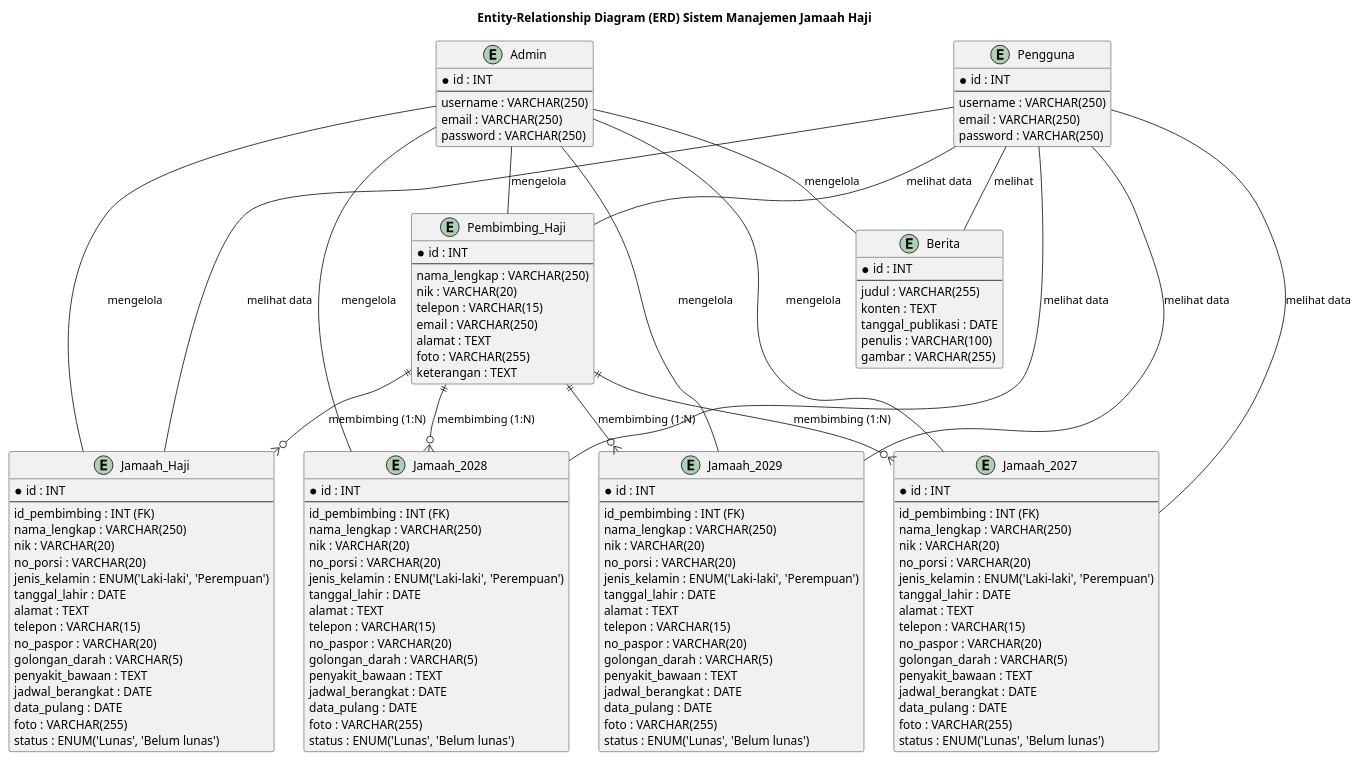
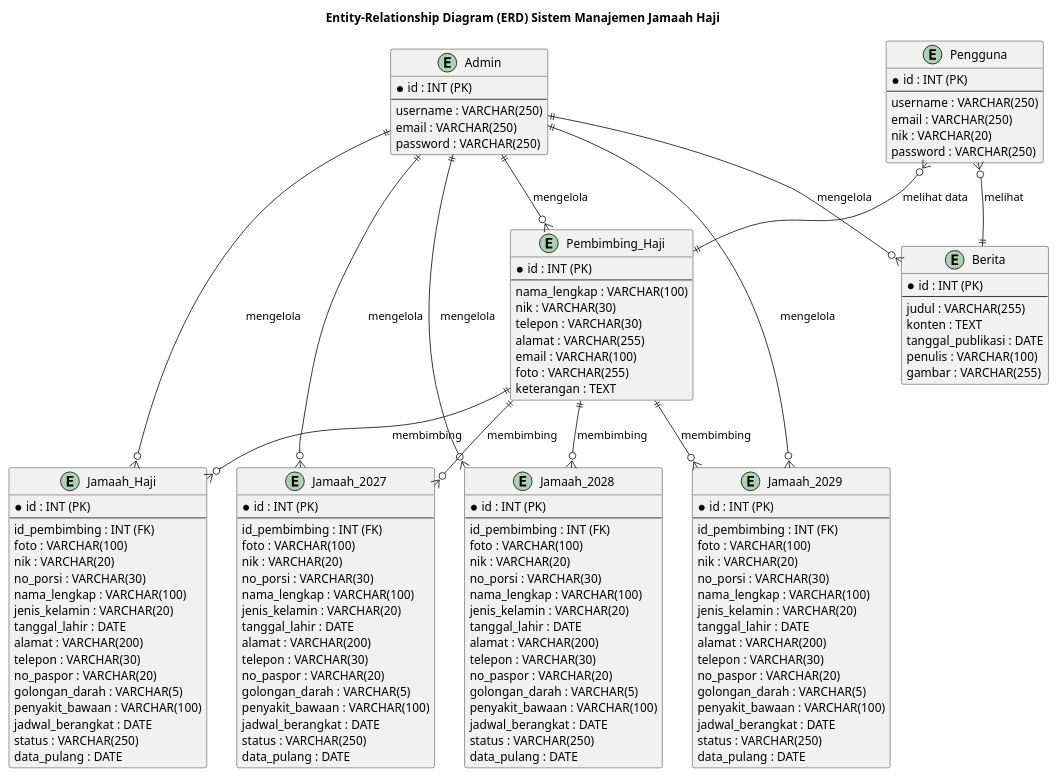
One commit to fauzirahayu/uzicom changed the diagram in komponen/erd_diagram.puml. Above: the diagram before and after it, drawn with PlantUML. The commit also changed 19 other files, not shown here.

```diff
--- a/komponen/erd_diagram.puml
+++ b/komponen/erd_diagram.puml
@@ -1,152 +1,150 @@
 @startuml ERD Sistem Manajemen Jamaah Haji
 
 title Entity-Relationship Diagram (ERD) Sistem Manajemen Jamaah Haji
 
 ' Entitas Admin
 entity "Admin" as admin {
-  * id : INT
+  * id : INT (PK)
   --
   username : VARCHAR(250)
   email : VARCHAR(250)
   password : VARCHAR(250)
 }
 
 ' Entitas Pengguna
 entity "Pengguna" as pengguna {
-  * id : INT
+  * id : INT (PK)
   --
   username : VARCHAR(250)
   email : VARCHAR(250)
+  nik : VARCHAR(20)
   password : VARCHAR(250)
 }
 
 ' Entitas Pembimbing Haji
 entity "Pembimbing_Haji" as pembimbing {
-  * id : INT
+  * id : INT (PK)
   --
-  nama_lengkap : VARCHAR(250)
-  nik : VARCHAR(20)
-  telepon : VARCHAR(15)
-  email : VARCHAR(250)
-  alamat : TEXT
+  nama_lengkap : VARCHAR(100)
+  nik : VARCHAR(30)
+  telepon : VARCHAR(30)
+  alamat : VARCHAR(255)
+  email : VARCHAR(100)
   foto : VARCHAR(255)
   keterangan : TEXT
 }
 
-' Entitas Jamaah Haji (untuk tahun Haji)
+' Entitas Jamaah Haji (untuk tahun standar)
 entity "Jamaah_Haji" as jamaah_haji {
-  * id : INT
+  * id : INT (PK)
   --
   id_pembimbing : INT (FK)
-  nama_lengkap : VARCHAR(250)
+  foto : VARCHAR(100)
   nik : VARCHAR(20)
-  no_porsi : VARCHAR(20)
-  jenis_kelamin : ENUM('Laki-laki', 'Perempuan')
+  no_porsi : VARCHAR(30)
+  nama_lengkap : VARCHAR(100)
+  jenis_kelamin : VARCHAR(20)
   tanggal_lahir : DATE
-  alamat : TEXT
-  telepon : VARCHAR(15)
+  alamat : VARCHAR(200)
+  telepon : VARCHAR(30)
   no_paspor : VARCHAR(20)
   golongan_darah : VARCHAR(5)
-  penyakit_bawaan : TEXT
+  penyakit_bawaan : VARCHAR(100)
   jadwal_berangkat : DATE
+  status : VARCHAR(250)
   data_pulang : DATE
-  foto : VARCHAR(255)
-  status : ENUM('Lunas', 'Belum lunas')
 }
 
 ' Entitas Jamaah 2027
 entity "Jamaah_2027" as jamaah_2027 {
-  * id : INT
+  * id : INT (PK)
   --
   id_pembimbing : INT (FK)
-  nama_lengkap : VARCHAR(250)
+  foto : VARCHAR(100)
   nik : VARCHAR(20)
-  no_porsi : VARCHAR(20)
-  jenis_kelamin : ENUM('Laki-laki', 'Perempuan')
+  no_porsi : VARCHAR(30)
+  nama_lengkap : VARCHAR(100)
+  jenis_kelamin : VARCHAR(20)
   tanggal_lahir : DATE
-  alamat : TEXT
-  telepon : VARCHAR(15)
+  alamat : VARCHAR(200)
+  telepon : VARCHAR(30)
   no_paspor : VARCHAR(20)
   golongan_darah : VARCHAR(5)
-  penyakit_bawaan : TEXT
+  penyakit_bawaan : VARCHAR(100)
   jadwal_berangkat : DATE
+  status : VARCHAR(250)
   data_pulang : DATE
-  foto : VARCHAR(255)
-  status : ENUM('Lunas', 'Belum lunas')
 }
 
 ' Entitas Jamaah 2028
 entity "Jamaah_2028" as jamaah_2028 {
-  * id : INT
+  * id : INT (PK)
   --
   id_pembimbing : INT (FK)
-  nama_lengkap : VARCHAR(250)
+  foto : VARCHAR(100)
   nik : VARCHAR(20)
-  no_porsi : VARCHAR(20)
-  jenis_kelamin : ENUM('Laki-laki', 'Perempuan')
+  no_porsi : VARCHAR(30)
+  nama_lengkap : VARCHAR(100)
+  jenis_kelamin : VARCHAR(20)
   tanggal_lahir : DATE
-  alamat : TEXT
-  telepon : VARCHAR(15)
+  alamat : VARCHAR(200)
+  telepon : VARCHAR(30)
   no_paspor : VARCHAR(20)
   golongan_darah : VARCHAR(5)
-  penyakit_bawaan : TEXT
+  penyakit_bawaan : VARCHAR(100)
   jadwal_berangkat : DATE
+  status : VARCHAR(250)
   data_pulang : DATE
-  foto : VARCHAR(255)
-  status : ENUM('Lunas', 'Belum lunas')
 }
 
 ' Entitas Jamaah 2029
 entity "Jamaah_2029" as jamaah_2029 {
-  * id : INT
+  * id : INT (PK)
   --
   id_pembimbing : INT (FK)
-  nama_lengkap : VARCHAR(250)
+  foto : VARCHAR(100)
   nik : VARCHAR(20)
-  no_porsi : VARCHAR(20)
-  jenis_kelamin : ENUM('Laki-laki', 'Perempuan')
+  no_porsi : VARCHAR(30)
+  nama_lengkap : VARCHAR(100)
+  jenis_kelamin : VARCHAR(20)
   tanggal_lahir : DATE
-  alamat : TEXT
-  telepon : VARCHAR(15)
+  alamat : VARCHAR(200)
+  telepon : VARCHAR(30)
   no_paspor : VARCHAR(20)
   golongan_darah : VARCHAR(5)
-  penyakit_bawaan : TEXT
+  penyakit_bawaan : VARCHAR(100)
   jadwal_berangkat : DATE
+  status : VARCHAR(250)
   data_pulang : DATE
-  foto : VARCHAR(255)
-  status : ENUM('Lunas', 'Belum lunas')
 }
 
 ' Entitas Berita
 entity "Berita" as berita {
-  * id : INT
+  * id : INT (PK)
   --
   judul : VARCHAR(255)
   konten : TEXT
   tanggal_publikasi : DATE
   penulis : VARCHAR(100)
   gambar : VARCHAR(255)
 }
 
-' Relasi
-pembimbing ||--o{ jamaah_haji : "membimbing (1:N)"
-pembimbing ||--o{ jamaah_2027 : "membimbing (1:N)"
-pembimbing ||--o{ jamaah_2028 : "membimbing (1:N)"
-pembimbing ||--o{ jamaah_2029 : "membimbing (1:N)"
+' Relasi Pembimbing ke Jamaah
+pembimbing ||--o{ jamaah_haji : "membimbing"
+pembimbing ||--o{ jamaah_2027 : "membimbing"
+pembimbing ||--o{ jamaah_2028 : "membimbing"
+pembimbing ||--o{ jamaah_2029 : "membimbing"
 
-admin -- berita : "mengelola"
-admin -- pembimbing : "mengelola"
-admin -- jamaah_haji : "mengelola"
-admin -- jamaah_2027 : "mengelola"
-admin -- jamaah_2028 : "mengelola"
-admin -- jamaah_2029 : "mengelola"
+' Relasi Admin mengelola
+admin ||--o{ berita : "mengelola"
+admin ||--o{ pembimbing : "mengelola"
+admin ||--o{ jamaah_haji : "mengelola"
+admin ||--o{ jamaah_2027 : "mengelola"
+admin ||--o{ jamaah_2028 : "mengelola"
+admin ||--o{ jamaah_2029 : "mengelola"
 
-' Pengguna melihat berita dan melihat data jamaah (relasi tidak langsung)
-pengguna -- berita : "melihat"
-pengguna -- jamaah_haji : "melihat data"
-pengguna -- jamaah_2027 : "melihat data"
-pengguna -- jamaah_2028 : "melihat data"
-pengguna -- jamaah_2029 : "melihat data"
-pengguna -- pembimbing : "melihat data"
+' Relasi Pengguna melihat
+pengguna }o--|| berita : "melihat"
+pengguna }o--|| pembimbing : "melihat data"
 
 @enduml
```
